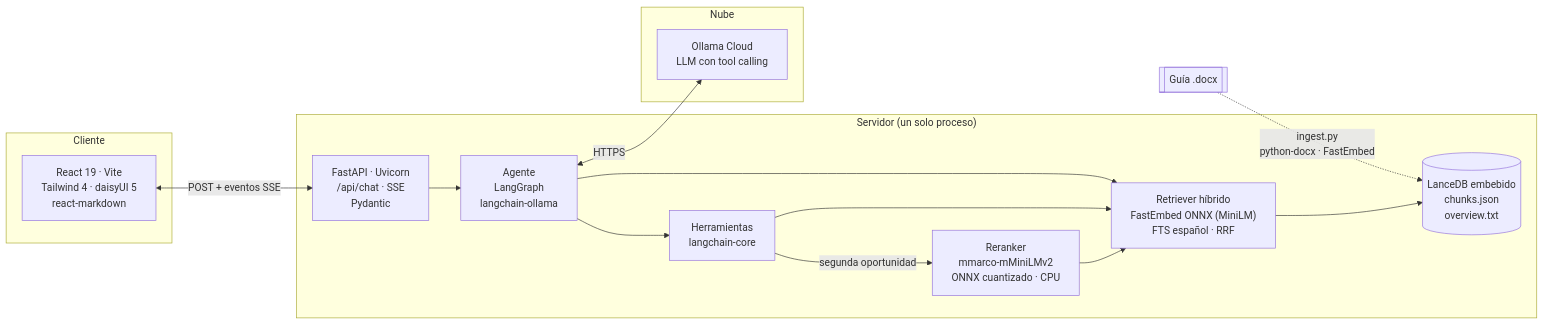
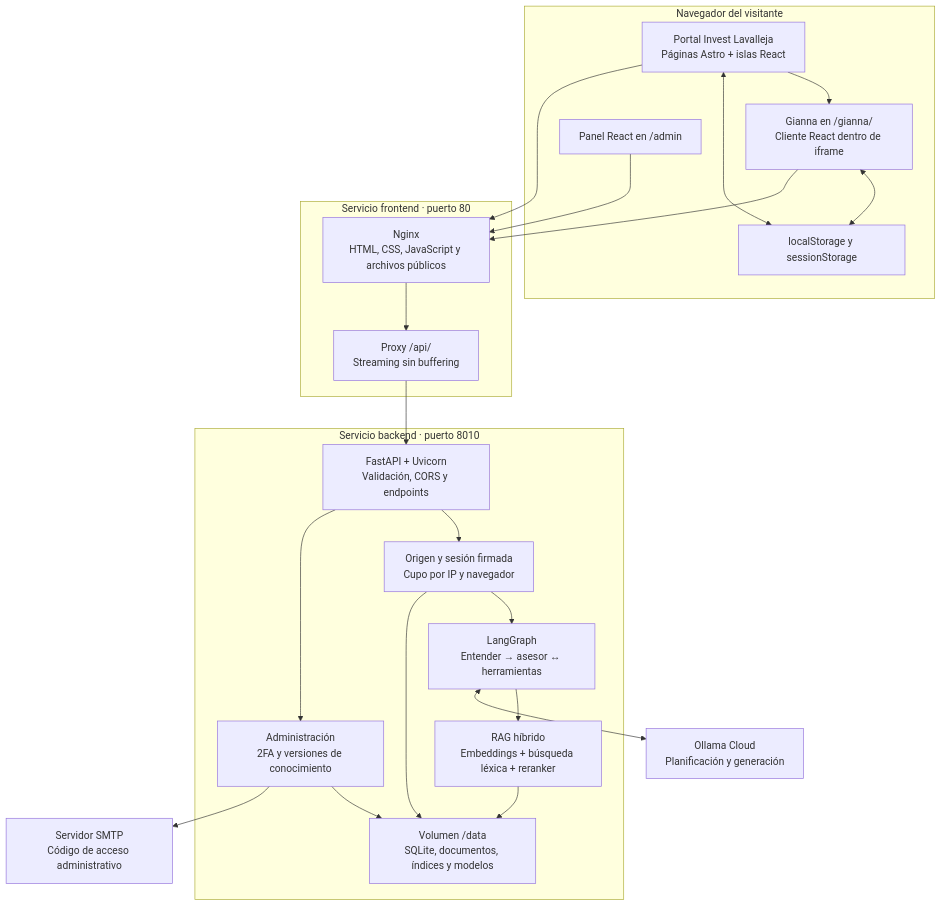
The first of 9 diagrams in Arquitectura.md (NebyX1/invest-lavalleja-rag-chat), drawn with Mermaid before and after one commit. The commit also changed other lines of this file and 135 other files, not shown here.

First line of the commit message:
Integra portal Invest con Gianna y separa frontend y backend

````diff
--- a/Arquitectura.md
+++ b/Arquitectura.md
@@ -33,27 +27,42 @@
 ```mermaid
-flowchart LR
-    subgraph Cliente
-        UI["React 19 · Vite<br/>Tailwind 4 · daisyUI 5<br/>react-markdown"]
+flowchart TB
+    subgraph Browser["Navegador del visitante"]
+        Portal["Portal Invest Lavalleja<br/>Páginas Astro + islas React"]
+        Chat["Gianna en /gianna/<br/>Cliente React dentro de iframe"]
+        Admin["Panel React en /admin"]
+        Local["localStorage y sessionStorage"]
+        Portal --> Chat
+        Portal <--> Local
+        Chat <--> Local
     end
-    subgraph Servidor["Servidor (un solo proceso)"]
-        API["FastAPI · Uvicorn<br/>/api/chat · SSE<br/>Pydantic"]
-        AG["Agente<br/>LangGraph<br/>langchain-ollama"]
-        RT["Retriever híbrido<br/>FastEmbed ONNX (MiniLM)<br/>FTS español · RRF"]
-        RR["Reranker<br/>mmarco-mMiniLMv2<br/>ONNX cuantizado · CPU"]
-        TL["Herramientas<br/>langchain-core"]
-        IDX[("LanceDB embebido<br/>chunks.json<br/>overview.txt")]
+
+    subgraph Frontend["Servicio frontend · puerto 80"]
+        Nginx["Nginx<br/>HTML, CSS, JavaScript y archivos públicos"]
+        Proxy["Proxy /api/<br/>Streaming sin buffering"]
+        Nginx --> Proxy
     end
-    subgraph Nube
-        OL["Ollama Cloud<br/>LLM con tool calling"]
+
+    subgraph Backend["Servicio backend · puerto 8010"]
+        API["FastAPI + Uvicorn<br/>Validación, CORS y endpoints"]
+        Access["Origen y sesión firmada<br/>Cupo por IP y navegador"]
+        Graph["LangGraph<br/>Entender → asesor ↔ herramientas"]
+        RAG["RAG híbrido<br/>Embeddings + búsqueda léxica + reranker"]
+        Manage["Administración<br/>2FA y versiones de conocimiento"]
+        Data["Volumen /data<br/>SQLite, documentos, índices y modelos"]
+        API --> Access --> Graph --> RAG
+        API --> Manage
+        Access --> Data
+        RAG --> Data
+        Manage --> Data
     end
-    DOCX[["Guía .docx"]] -. "ingest.py<br/>python-docx · FastEmbed" .-> IDX
-    UI <-->|POST + eventos SSE| API
-    API --> AG
-    AG --> RT
-    AG --> TL
-    TL --> RT
-    TL -->|segunda oportunidad| RR
-    RR --> RT
-    RT --> IDX
-    AG <-->|HTTPS| OL
+
+    Cloud["Ollama Cloud<br/>Planificación y generación"]
+    SMTP["Servidor SMTP<br/>Código de acceso administrativo"]
+
+    Portal --> Nginx
+    Chat --> Nginx
+    Admin --> Nginx
+    Proxy --> API
+    Graph <--> Cloud
+    Manage --> SMTP
 ```
````
